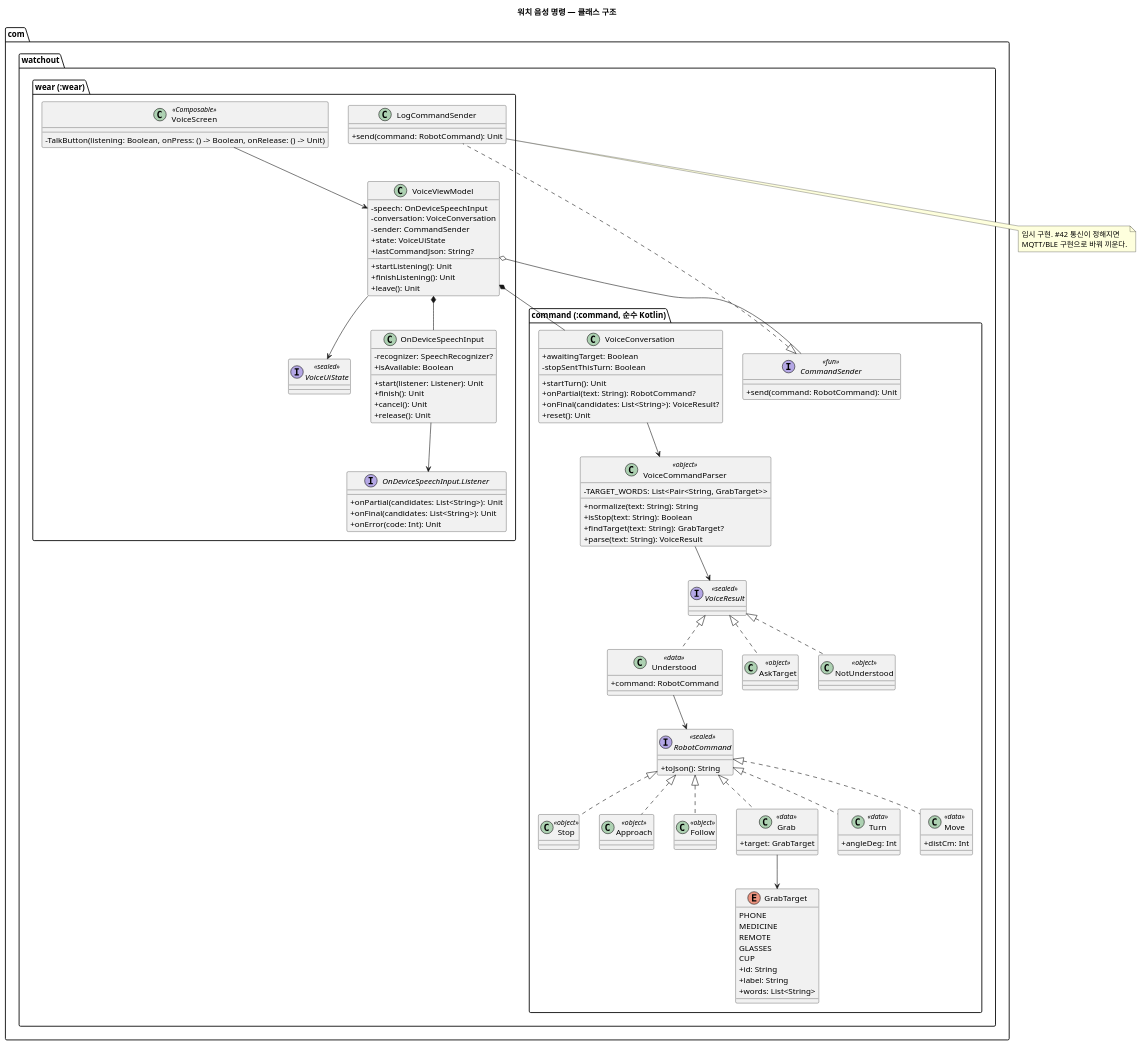
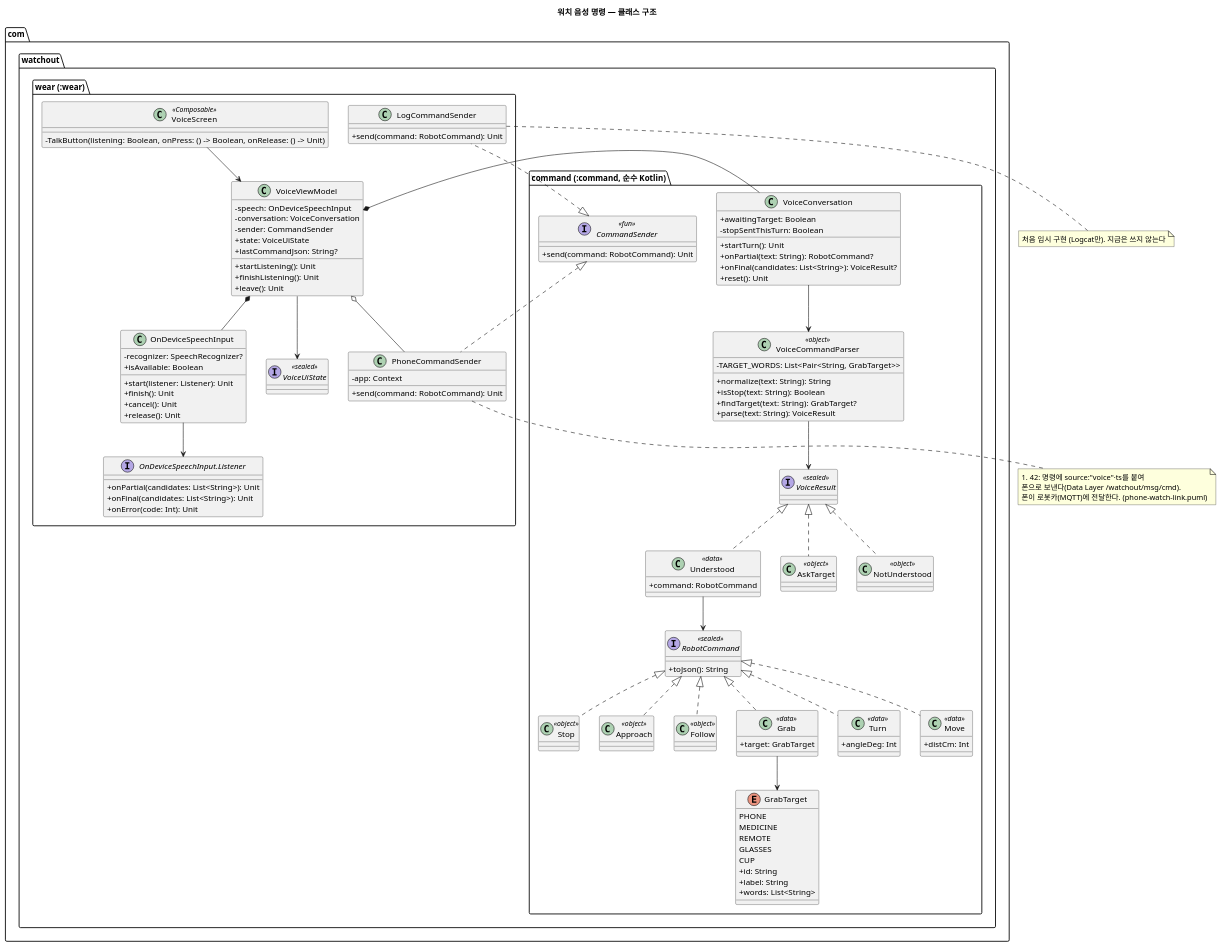
One commit to W-tch0ut/watchout changed the first of 2 diagrams in docs/uml/watch-voice.puml. Above: the diagram before and after it, drawn with PlantUML. The commit also changed 6 other files, not shown here.

```diff
--- a/docs/uml/watch-voice.puml
+++ b/docs/uml/watch-voice.puml
@@ -2,115 +2,121 @@
 @startuml
 skinparam classAttributeIconSize 0
 title 워치 음성 명령 — 클래스 구조
 
 package "com.watchout.command (:command, 순수 Kotlin)" {
     interface RobotCommand <<sealed>> {
         + toJson(): String
     }
     class Stop <<object>>
     class Approach <<object>>
     class Follow <<object>>
     class Grab <<data>> {
         + target: GrabTarget
     }
     class Turn <<data>> {
         + angleDeg: Int
     }
     class Move <<data>> {
         + distCm: Int
     }
     enum GrabTarget {
         PHONE
         MEDICINE
         REMOTE
         GLASSES
         CUP
         + id: String
         + label: String
         + words: List<String>
     }
     interface CommandSender <<fun>> {
         + send(command: RobotCommand): Unit
     }
 
     interface VoiceResult <<sealed>>
     class Understood <<data>> {
         + command: RobotCommand
     }
     class AskTarget <<object>>
     class NotUnderstood <<object>>
 
     class VoiceCommandParser <<object>> {
         - TARGET_WORDS: List<Pair<String, GrabTarget>>
         + normalize(text: String): String
         + isStop(text: String): Boolean
         + findTarget(text: String): GrabTarget?
         + parse(text: String): VoiceResult
     }
 
     class VoiceConversation {
         + awaitingTarget: Boolean
         - stopSentThisTurn: Boolean
         + startTurn(): Unit
         + onPartial(text: String): RobotCommand?
         + onFinal(candidates: List<String>): VoiceResult?
         + reset(): Unit
     }
 }
 
 package "com.watchout.wear (:wear)" {
     class VoiceScreen <<Composable>> {
         - TalkButton(listening: Boolean, onPress: () -> Boolean, onRelease: () -> Unit)
     }
     class VoiceViewModel {
         - speech: OnDeviceSpeechInput
         - conversation: VoiceConversation
         - sender: CommandSender
         + state: VoiceUiState
         + lastCommandJson: String?
         + startListening(): Unit
         + finishListening(): Unit
         + leave(): Unit
     }
     interface VoiceUiState <<sealed>>
     class OnDeviceSpeechInput {
         - recognizer: SpeechRecognizer?
         + isAvailable: Boolean
         + start(listener: Listener): Unit
         + finish(): Unit
         + cancel(): Unit
         + release(): Unit
     }
     interface "OnDeviceSpeechInput.Listener" as Listener {
         + onPartial(candidates: List<String>): Unit
         + onFinal(candidates: List<String>): Unit
         + onError(code: Int): Unit
     }
     class LogCommandSender {
         + send(command: RobotCommand): Unit
     }
+    class PhoneCommandSender {
+        - app: Context
+        + send(command: RobotCommand): Unit
+    }
 }
 
 RobotCommand <|.. Stop
 RobotCommand <|.. Approach
 RobotCommand <|.. Follow
 RobotCommand <|.. Grab
 RobotCommand <|.. Turn
 RobotCommand <|.. Move
 Grab --> GrabTarget
 VoiceResult <|.. Understood
 VoiceResult <|.. AskTarget
 VoiceResult <|.. NotUnderstood
 Understood --> RobotCommand
 VoiceCommandParser --> VoiceResult
 VoiceConversation --> VoiceCommandParser
 
 CommandSender <|.. LogCommandSender
+CommandSender <|.. PhoneCommandSender
 VoiceScreen --> VoiceViewModel
 VoiceViewModel *-- OnDeviceSpeechInput
 VoiceViewModel *-- VoiceConversation
-VoiceViewModel o-- CommandSender
+VoiceViewModel o-- PhoneCommandSender
 VoiceViewModel --> VoiceUiState
 OnDeviceSpeechInput --> Listener
-note bottom of LogCommandSender : 임시 구현. #42 통신이 정해지면\nMQTT/BLE 구현으로 바꿔 끼운다.
+note bottom of PhoneCommandSender : #42: 명령에 source:"voice"·ts를 붙여\n폰으로 보낸다(Data Layer /watchout/msg/cmd).\n폰이 로봇카(MQTT)에 전달한다. (phone-watch-link.puml)
+note bottom of LogCommandSender : 처음 임시 구현 (Logcat만). 지금은 쓰지 않는다
 @enduml
```
